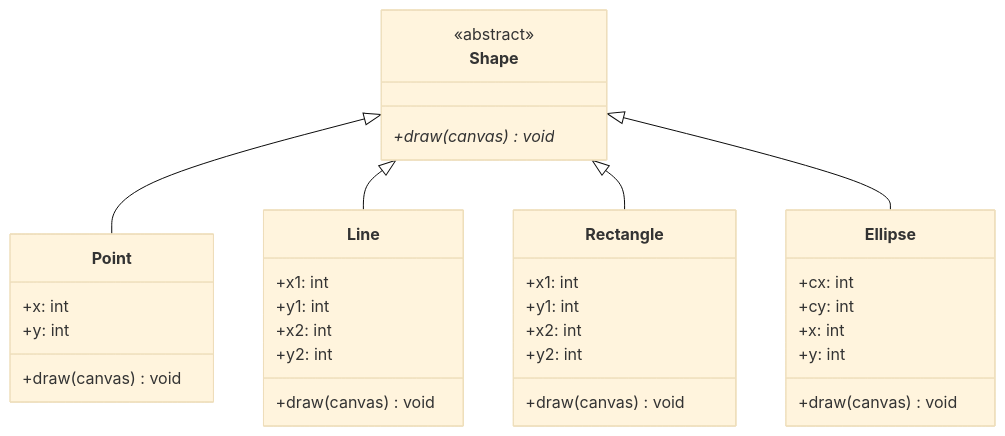
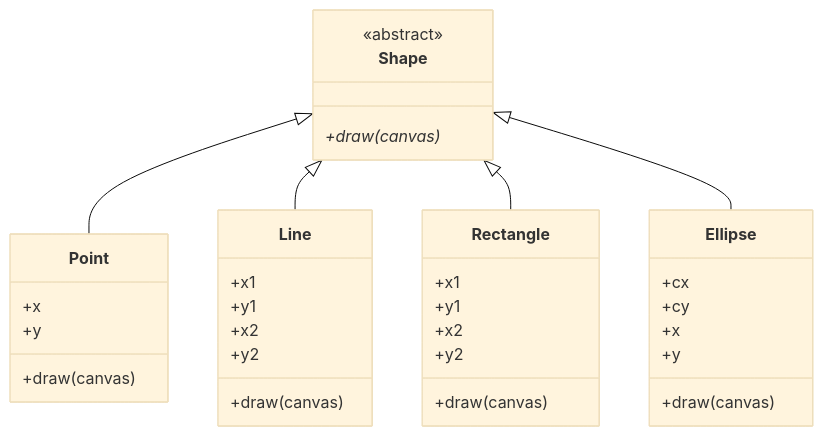
One commit to Mariagosp/oop-labs changed the diagram in Lab2/diagram.md. Above: the diagram before and after it, drawn with Mermaid (base theme). The commit also changed 3 other files, not shown here.

Commit message:
lab2: polish classes diagram

````diff
--- a/Lab2/diagram.md
+++ b/Lab2/diagram.md
@@ -1,42 +1,44 @@
 ```mermaid
 classDiagram
+    direction TB
+
     class Shape {
         <<abstract>>
-        +draw(canvas)* void
+        +draw(canvas)*
     }
 
     class Point {
-        +x: int
-        +y: int
-        +draw(canvas) void
+        +x
+        +y
+        +draw(canvas)
     }
 
     class Line {
-        +x1: int
-        +y1: int
-        +x2: int
-        +y2: int
-        +draw(canvas) void
+        +x1
+        +y1
+        +x2
+        +y2
+        +draw(canvas)
     }
 
     class Rectangle {
-        +x1: int
-        +y1: int
-        +x2: int
-        +y2: int
-        +draw(canvas) void
+        +x1
+        +y1
+        +x2
+        +y2
+        +draw(canvas)
     }
 
     class Ellipse {
-        +cx: int
-        +cy: int
-        +x: int
-        +y: int
-        +draw(canvas) void
+        +cx
+        +cy
+        +x
+        +y
+        +draw(canvas)
     }
 
     Shape <|-- Point
     Shape <|-- Line
     Shape <|-- Rectangle
     Shape <|-- Ellipse
 ```
````
